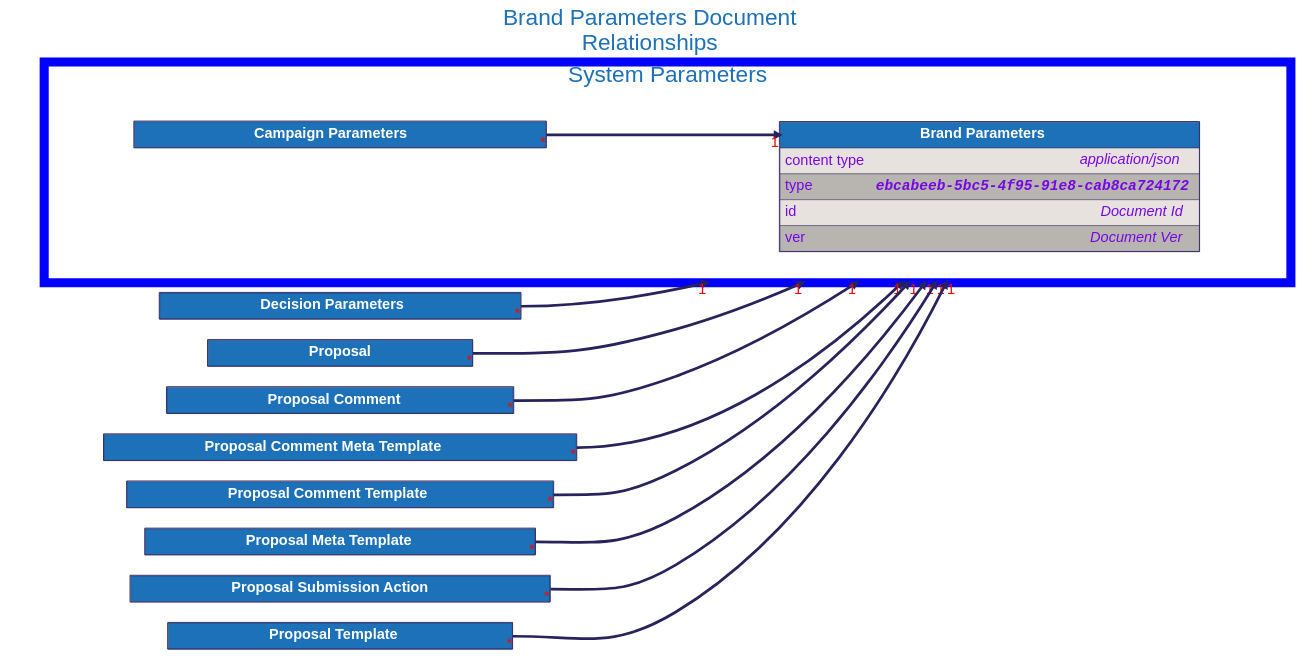
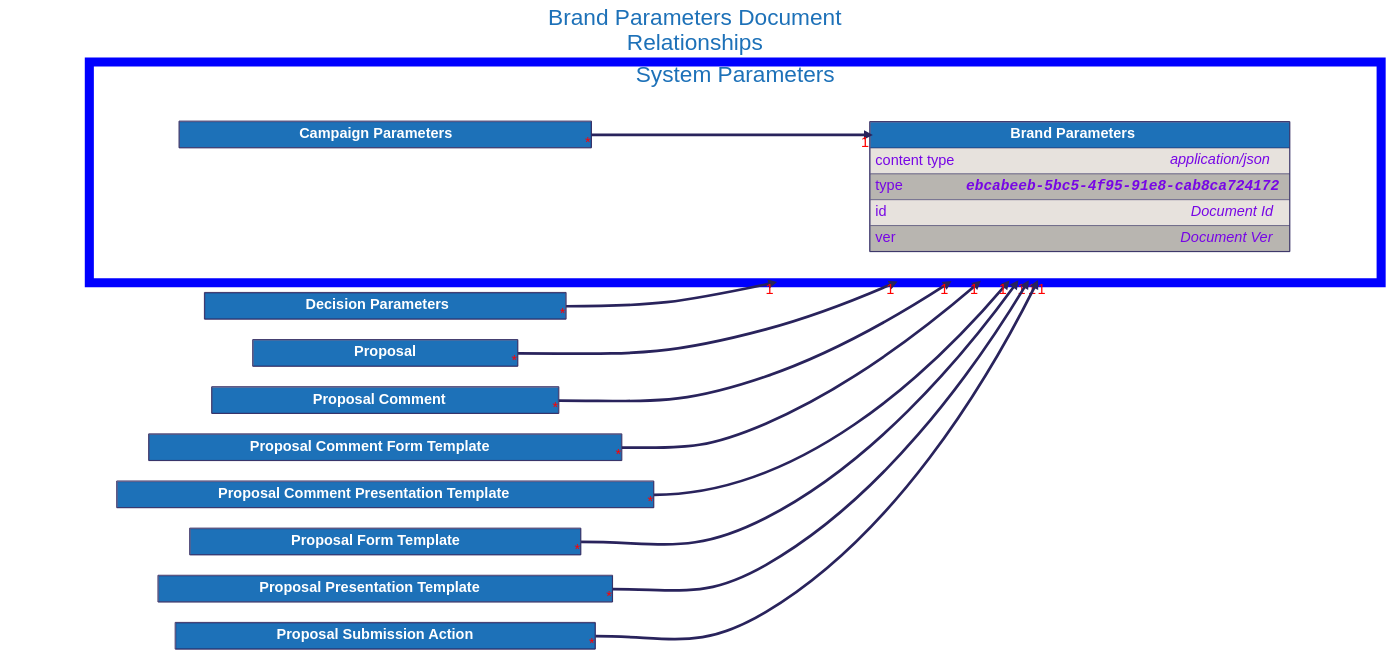
One commit to input-output-hk/catalyst-libs changed the diagram in docs/src/architecture/08_concepts/signed_doc/diagrams/brand_parameters.dot. Above: the diagram before and after it, drawn with Graphviz. The commit also changed 40 other files, not shown here.

```diff
--- a/docs/src/architecture/08_concepts/signed_doc/diagrams/brand_parameters.dot
+++ b/docs/src/architecture/08_concepts/signed_doc/diagrams/brand_parameters.dot
@@ -134,13 +134,13 @@
     ];
 
 
-    "Proposal Comment Meta Template" [
-        id="Proposal Comment Meta Template";
+    "Proposal Comment Form Template" [
+        id="Proposal Comment Form Template";
         label=<
             <TABLE BORDER="2" COLOR="#29235c" CELLBORDER="1" CELLSPACING="0" CELLPADDING="10">
             <TR>
-                <TD PORT="title" BGCOLOR="#1d71b8" HREF="../proposal_comment_meta_template/">
-                    <FONT COLOR="#ffffff"><B> Proposal Comment Meta Template </B></FONT>
+                <TD PORT="title" BGCOLOR="#1d71b8" HREF="../proposal_comment_form_template/">
+                    <FONT COLOR="#ffffff"><B> Proposal Comment Form Template </B></FONT>
                 </TD>
             </TR>
 
@@ -149,13 +149,13 @@
     ];
 
 
-    "Proposal Comment Template" [
-        id="Proposal Comment Template";
+    "Proposal Comment Presentation Template" [
+        id="Proposal Comment Presentation Template";
         label=<
             <TABLE BORDER="2" COLOR="#29235c" CELLBORDER="1" CELLSPACING="0" CELLPADDING="10">
             <TR>
-                <TD PORT="title" BGCOLOR="#1d71b8" HREF="../proposal_comment_template/">
-                    <FONT COLOR="#ffffff"><B> Proposal Comment Template </B></FONT>
+                <TD PORT="title" BGCOLOR="#1d71b8" HREF="../proposal_comment_presentation_template/">
+                    <FONT COLOR="#ffffff"><B> Proposal Comment Presentation Template </B></FONT>
                 </TD>
             </TR>
 
@@ -164,13 +164,28 @@
     ];
 
 
-    "Proposal Meta Template" [
-        id="Proposal Meta Template";
+    "Proposal Form Template" [
+        id="Proposal Form Template";
         label=<
             <TABLE BORDER="2" COLOR="#29235c" CELLBORDER="1" CELLSPACING="0" CELLPADDING="10">
             <TR>
-                <TD PORT="title" BGCOLOR="#1d71b8" HREF="../proposal_meta_template/">
-                    <FONT COLOR="#ffffff"><B> Proposal Meta Template </B></FONT>
+                <TD PORT="title" BGCOLOR="#1d71b8" HREF="../proposal_form_template/">
+                    <FONT COLOR="#ffffff"><B> Proposal Form Template </B></FONT>
+                </TD>
+            </TR>
+
+            </TABLE>
+        >
+    ];
+
+
+    "Proposal Presentation Template" [
+        id="Proposal Presentation Template";
+        label=<
+            <TABLE BORDER="2" COLOR="#29235c" CELLBORDER="1" CELLSPACING="0" CELLPADDING="10">
+            <TR>
+                <TD PORT="title" BGCOLOR="#1d71b8" HREF="../proposal_presentation_template/">
+                    <FONT COLOR="#ffffff"><B> Proposal Presentation Template </B></FONT>
                 </TD>
             </TR>
 
@@ -194,28 +209,13 @@
     ];
 
 
-    "Proposal Template" [
-        id="Proposal Template";
-        label=<
-            <TABLE BORDER="2" COLOR="#29235c" CELLBORDER="1" CELLSPACING="0" CELLPADDING="10">
-            <TR>
-                <TD PORT="title" BGCOLOR="#1d71b8" HREF="../proposal_template/">
-                    <FONT COLOR="#ffffff"><B> Proposal Template </B></FONT>
-                </TD>
-            </TR>
-
-            </TABLE>
-        >
-    ];
-
-
     "Campaign Parameters":"title":e -> "Brand Parameters":"title":w [dir=forward, penwidth=6, color="#29235c", headlabel="1", taillabel="*"]
     "Decision Parameters":"title":e -> "Brand Parameters" [dir=forward, penwidth=6, color="#29235c", headlabel="1", taillabel="*", lhead="cluster_system_parameters"]
     "Proposal":"title":e -> "Brand Parameters" [dir=forward, penwidth=6, color="#29235c", headlabel="1", taillabel="*", lhead="cluster_system_parameters"]
     "Proposal Comment":"title":e -> "Brand Parameters" [dir=forward, penwidth=6, color="#29235c", headlabel="1", taillabel="*", lhead="cluster_system_parameters"]
-    "Proposal Comment Meta Template":"title":e -> "Brand Parameters" [dir=forward, penwidth=6, color="#29235c", headlabel="1", taillabel="*", lhead="cluster_system_parameters"]
-    "Proposal Comment Template":"title":e -> "Brand Parameters" [dir=forward, penwidth=6, color="#29235c", headlabel="1", taillabel="*", lhead="cluster_system_parameters"]
-    "Proposal Meta Template":"title":e -> "Brand Parameters" [dir=forward, penwidth=6, color="#29235c", headlabel="1", taillabel="*", lhead="cluster_system_parameters"]
+    "Proposal Comment Form Template":"title":e -> "Brand Parameters" [dir=forward, penwidth=6, color="#29235c", headlabel="1", taillabel="*", lhead="cluster_system_parameters"]
+    "Proposal Comment Presentation Template":"title":e -> "Brand Parameters" [dir=forward, penwidth=6, color="#29235c", headlabel="1", taillabel="*", lhead="cluster_system_parameters"]
+    "Proposal Form Template":"title":e -> "Brand Parameters" [dir=forward, penwidth=6, color="#29235c", headlabel="1", taillabel="*", lhead="cluster_system_parameters"]
+    "Proposal Presentation Template":"title":e -> "Brand Parameters" [dir=forward, penwidth=6, color="#29235c", headlabel="1", taillabel="*", lhead="cluster_system_parameters"]
     "Proposal Submission Action":"title":e -> "Brand Parameters" [dir=forward, penwidth=6, color="#29235c", headlabel="1", taillabel="*", lhead="cluster_system_parameters"]
-    "Proposal Template":"title":e -> "Brand Parameters" [dir=forward, penwidth=6, color="#29235c", headlabel="1", taillabel="*", lhead="cluster_system_parameters"]
 }
```
